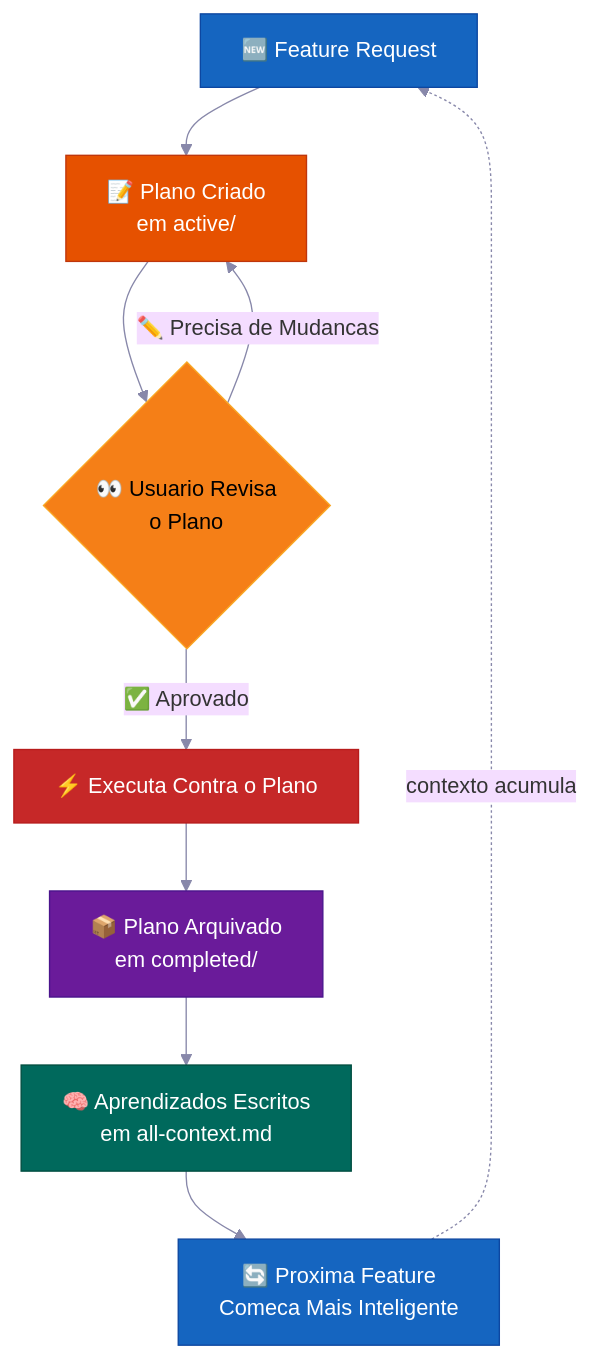
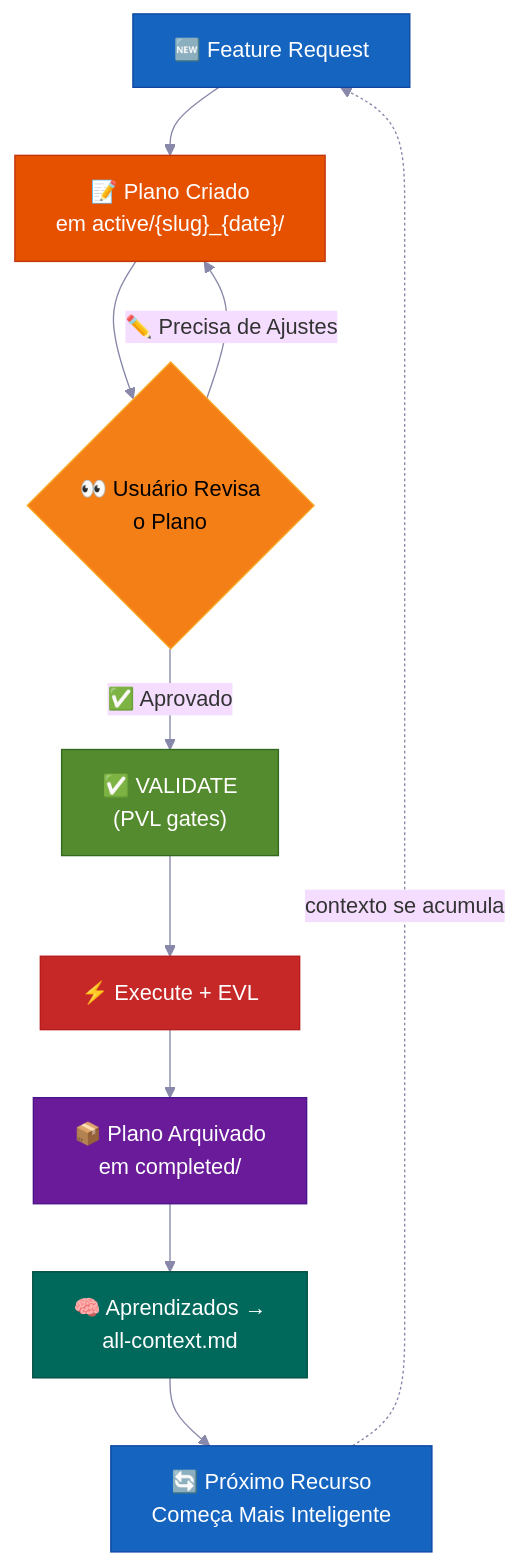
The tenth of 14 diagrams in docs/i18n/README.pt-BR.md (Erlangga15/vibecode-pro-max-kit), drawn with Mermaid before and after one commit. The commit also changed other lines of this file and 43 other files, not shown here.

````diff
--- a/docs/i18n/README.pt-BR.md
+++ b/docs/i18n/README.pt-BR.md
@@ -858,28 +1140,26 @@
 ```mermaid
 %%{init: {'theme': 'base', 'themeVariables': {'fontSize': '16px', 'lineColor': '#8888AA'}} }%%
 flowchart TD
     A["🆕 Feature Request"]
-    B["📝 Plano Criado\nem active/"]
-    C{"👀 Usuario Revisa\no Plano"}
-    D["⚡ Executa Contra o Plano"]
-    E["📦 Plano Arquivado\nem completed/"]
-    F["🧠 Aprendizados Escritos\nem all-context.md"]
-    G["🔄 Proxima Feature\nComeca Mais Inteligente"]
+    B["📝 Plano Criado\nem active/{slug}_{date}/"]
+    C{"👀 Usuário Revisa\no Plano"}
+    D["✅ VALIDATE\n(PVL gates)"]
+    E["⚡ Execute + EVL"]
+    F["📦 Plano Arquivado\nem completed/"]
+    G["🧠 Aprendizados →\nall-context.md"]
+    H["🔄 Próximo Recurso\nComeça Mais Inteligente"]
 
-    A --> B
-    B --> C
-    C -->|"✅ Aprovado"| D
-    C -->|"✏️ Precisa de Mudancas"| B
-    D --> E
-    E --> F
-    F --> G
-    G -.->|"contexto acumula"| A
+    A --> B --> C
+    C -->|"✏️ Precisa de Ajustes"| B
+    C -->|"✅ Aprovado"| D --> E --> F --> G --> H
+    H -.->|"contexto se acumula"| A
 
     style A fill:#1565C0,stroke:#0D47A1,color:#FFFFFF
     style B fill:#E65100,stroke:#BF360C,color:#FFFFFF
     style C fill:#F57F17,stroke:#F9A825,color:#000000
-    style D fill:#C62828,stroke:#B71C1C,color:#FFFFFF
-    style E fill:#6A1B9A,stroke:#4A148C,color:#FFFFFF
-    style F fill:#00695C,stroke:#004D40,color:#FFFFFF
-    style G fill:#1565C0,stroke:#0D47A1,color:#FFFFFF
+    style D fill:#558B2F,stroke:#33691E,color:#FFFFFF
+    style E fill:#C62828,stroke:#B71C1C,color:#FFFFFF
+    style F fill:#6A1B9A,stroke:#4A148C,color:#FFFFFF
+    style G fill:#00695C,stroke:#004D40,color:#FFFFFF
+    style H fill:#1565C0,stroke:#0D47A1,color:#FFFFFF
 ```
````
